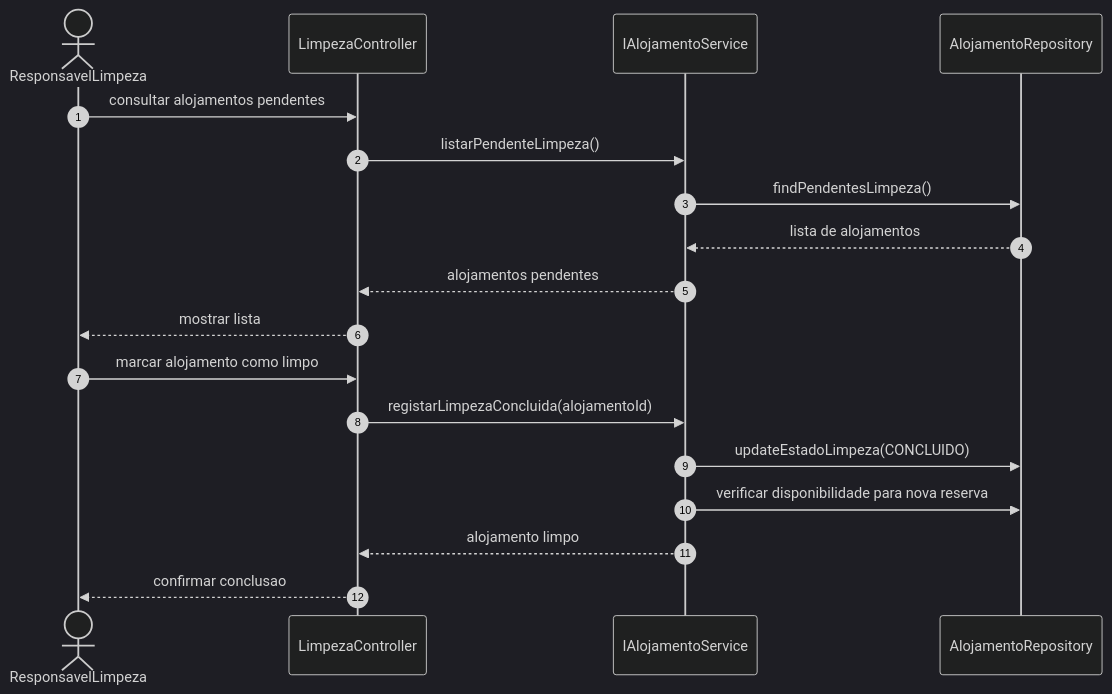
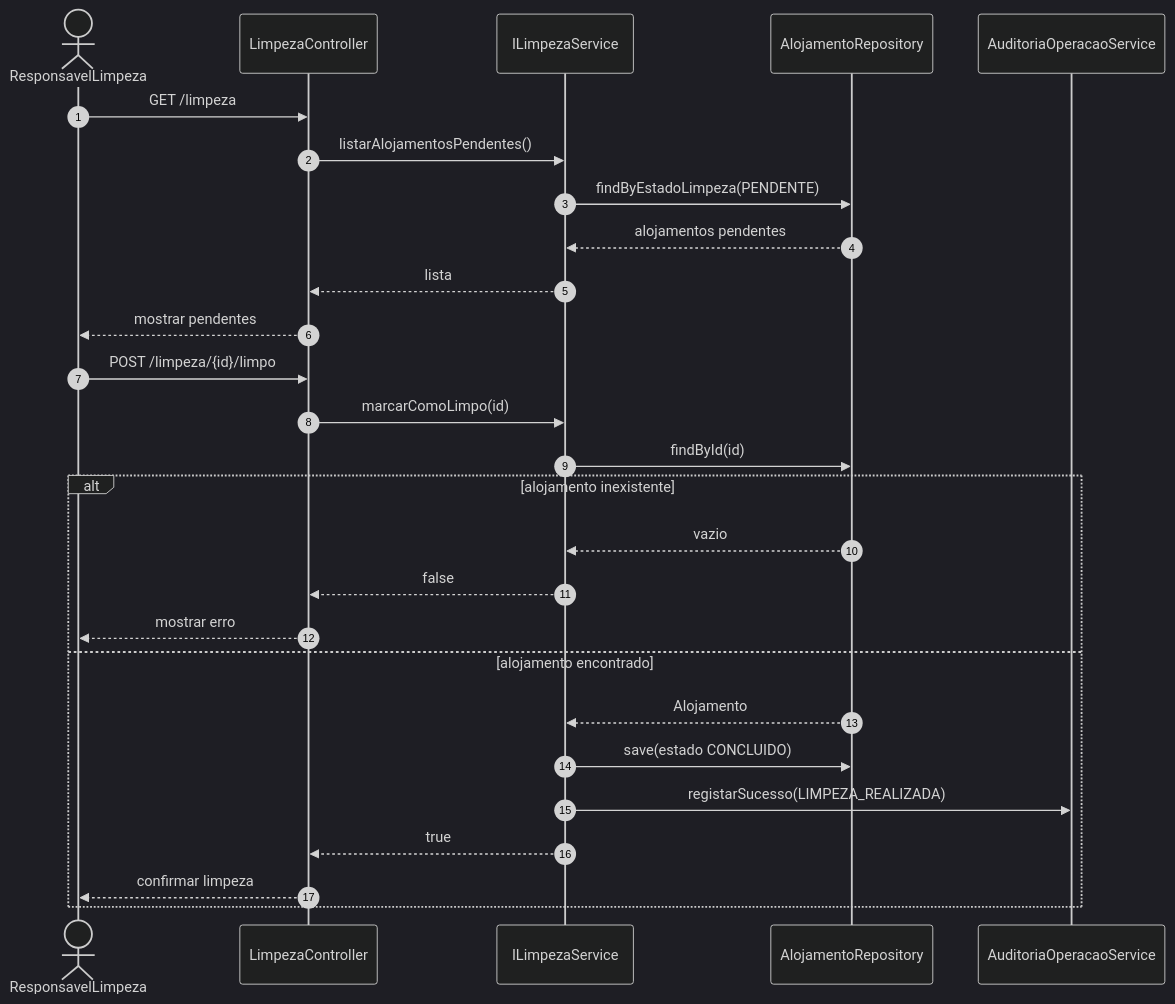
One commit to beatriz0freitas/LI4-G08 changed the diagram in docs/Etapa2/03-seq-diagrams/UC-12.mmd. Above: the diagram before and after it, drawn with Mermaid (dark theme). The commit also changed 50 other files, not shown here.

Commit message:
fix: adaptacao e melhroia de use case, diagramas de sequencia e requsiitos

```diff
--- a/docs/Etapa2/03-seq-diagrams/UC-12.mmd
+++ b/docs/Etapa2/03-seq-diagrams/UC-12.mmd
@@ -1,20 +1,29 @@
 sequenceDiagram
     autonumber
     actor ResponsavelLimpeza
     participant LimpezaController
-    participant IAlojamentoService
+    participant ILimpezaService
     participant AlojamentoRepository
+    participant AuditoriaOperacaoService
 
-    ResponsavelLimpeza->>LimpezaController: consultar alojamentos pendentes
-    LimpezaController->>IAlojamentoService: listarPendenteLimpeza()
-    IAlojamentoService->>AlojamentoRepository: findPendentesLimpeza()
-    AlojamentoRepository-->>IAlojamentoService: lista de alojamentos
-    IAlojamentoService-->>LimpezaController: alojamentos pendentes
-    LimpezaController-->>ResponsavelLimpeza: mostrar lista
+    ResponsavelLimpeza->>LimpezaController: GET /limpeza
+    LimpezaController->>ILimpezaService: listarAlojamentosPendentes()
+    ILimpezaService->>AlojamentoRepository: findByEstadoLimpeza(PENDENTE)
+    AlojamentoRepository-->>ILimpezaService: alojamentos pendentes
+    ILimpezaService-->>LimpezaController: lista
+    LimpezaController-->>ResponsavelLimpeza: mostrar pendentes
 
-    ResponsavelLimpeza->>LimpezaController: marcar alojamento como limpo
-    LimpezaController->>IAlojamentoService: registarLimpezaConcluida(alojamentoId)
-    IAlojamentoService->>AlojamentoRepository: updateEstadoLimpeza(CONCLUIDO)
-    IAlojamentoService->>AlojamentoRepository: verificar disponibilidade para nova reserva
-    IAlojamentoService-->>LimpezaController: alojamento limpo
-    LimpezaController-->>ResponsavelLimpeza: confirmar conclusao
+    ResponsavelLimpeza->>LimpezaController: POST /limpeza/{id}/limpo
+    LimpezaController->>ILimpezaService: marcarComoLimpo(id)
+    ILimpezaService->>AlojamentoRepository: findById(id)
+    alt alojamento inexistente
+        AlojamentoRepository-->>ILimpezaService: vazio
+        ILimpezaService-->>LimpezaController: false
+        LimpezaController-->>ResponsavelLimpeza: mostrar erro
+    else alojamento encontrado
+        AlojamentoRepository-->>ILimpezaService: Alojamento
+        ILimpezaService->>AlojamentoRepository: save(estado CONCLUIDO)
+        ILimpezaService->>AuditoriaOperacaoService: registarSucesso(LIMPEZA_REALIZADA)
+        ILimpezaService-->>LimpezaController: true
+        LimpezaController-->>ResponsavelLimpeza: confirmar limpeza
+    end
```
